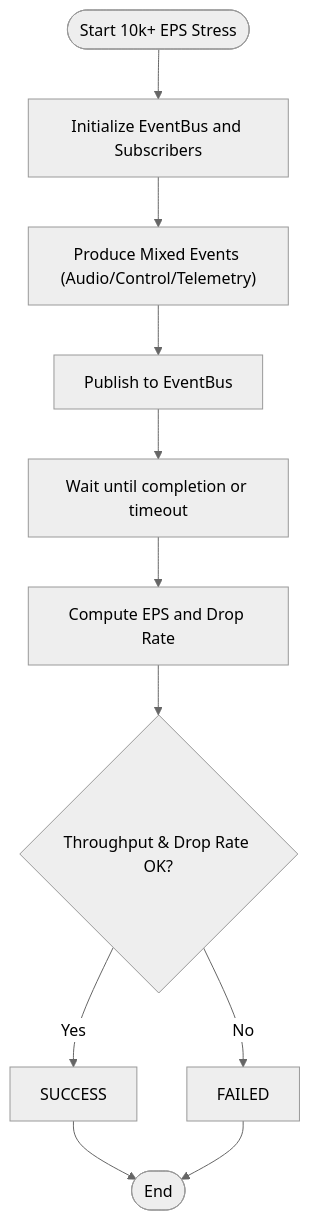
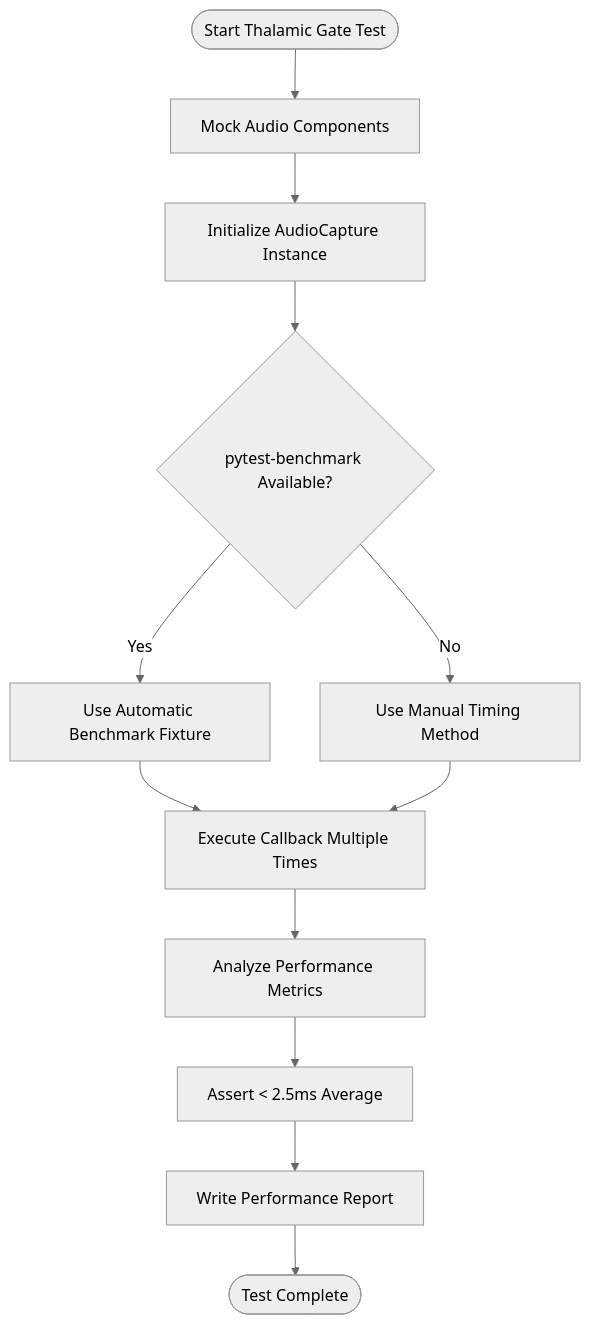
One commit to Moeabdelaziz007/Aether-Voice-OS changed the seventh of 14 diagrams in .qoder/repowiki/en/content/Testing and Quality Assurance/Testing and Quality Assurance.md. Above: the diagram before and after it, drawn with Mermaid (neutral theme). The commit also changed other lines of this file and 29 other files, not shown here.

````diff
--- a/.qoder/repowiki/en/content/Testing and Quality Assurance/Testing and Quality Assurance.md
+++ b/.qoder/repowiki/en/content/Testing and Quality Assurance/Testing and Quality Assurance.md
@@ -346,13 +378,14 @@
 ```mermaid
 flowchart TD
-StartEPS(["Start 10k+ EPS Stress"]) --> Init["Initialize EventBus and Subscribers"]
-Init --> Produce["Produce Mixed Events (Audio/Control/Telemetry)"]
-Produce --> Publish["Publish to EventBus"]
-Publish --> Wait["Wait until completion or timeout"]
-Wait --> Analyze["Compute EPS and Drop Rate"]
-Analyze --> Asserts{"Throughput & Drop Rate OK?"}
-Asserts --> |Yes| EPS_Pass["SUCCESS"]
-Asserts --> |No| EPS_Fail["FAILED"]
-EPS_Pass --> EndEPS(["End"])
-EPS_Fail --> EndEPS
+StartTG(["Start Thalamic Gate Test"]) --> Mock["Mock Audio Components"]
+Mock --> Capture["Initialize AudioCapture Instance"]
+Capture --> Benchmark{"pytest-benchmark Available?"}
+Benchmark --> |Yes| Auto["Use Automatic Benchmark Fixture"]
+Benchmark --> |No| Manual["Use Manual Timing Method"]
+Auto --> Execute["Execute Callback Multiple Times"]
+Manual --> Execute
+Execute --> Analyze["Analyze Performance Metrics"]
+Analyze --> Assert["Assert < 2.5ms Average"]
+Assert --> Report["Write Performance Report"]
+Report --> EndTG(["Test Complete"])
 ```
````
